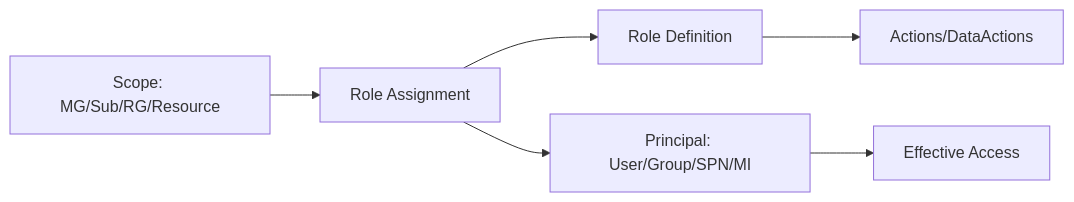
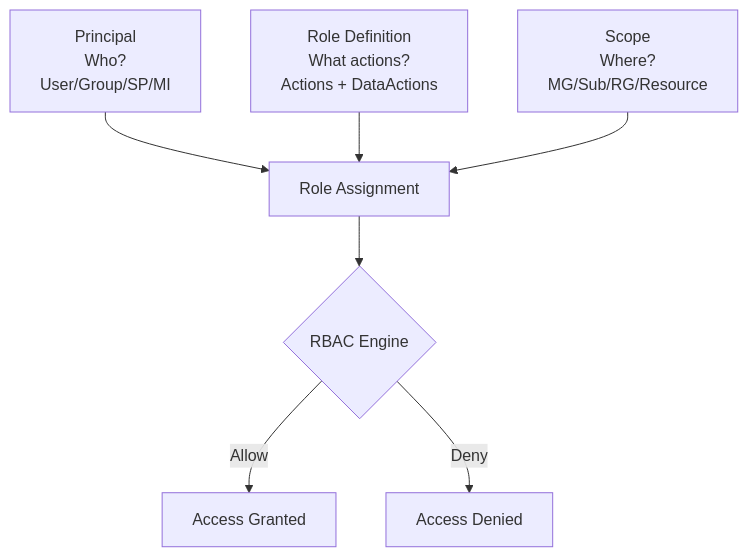
One commit to Georges034302/az-104-training changed the first of 8 diagrams in modules/01-identity/lessons/02-rbac.md. Above: the diagram before and after it, drawn with Mermaid. The commit also changed other lines of this file and 9 other files, not shown here.

````diff
--- a/modules/01-identity/lessons/02-rbac.md
+++ b/modules/01-identity/lessons/02-rbac.md
@@ -9,8 +39,9 @@
 ```mermaid
-flowchart LR
-  Scope[Scope: MG/Sub/RG/Resource] --> Assignment[Role Assignment]
-  Assignment --> Role[Role Definition]
-  Role --> Actions[Actions/DataActions]
-  Assignment --> Principal[Principal: User/Group/SPN/MI]
-  Principal --> Access[Effective Access]
+flowchart TD
+    Principal[Principal<br/>Who?<br/>User/Group/SP/MI] --> Assignment[Role Assignment]
+    Role[Role Definition<br/>What actions?<br/>Actions + DataActions] --> Assignment
+    Scope[Scope<br/>Where?<br/>MG/Sub/RG/Resource] --> Assignment
+    Assignment --> Decision{RBAC Engine}
+    Decision -->|Allow| Access[Access Granted]
+    Decision -->|Deny| Block[Access Denied]
 ```
````
